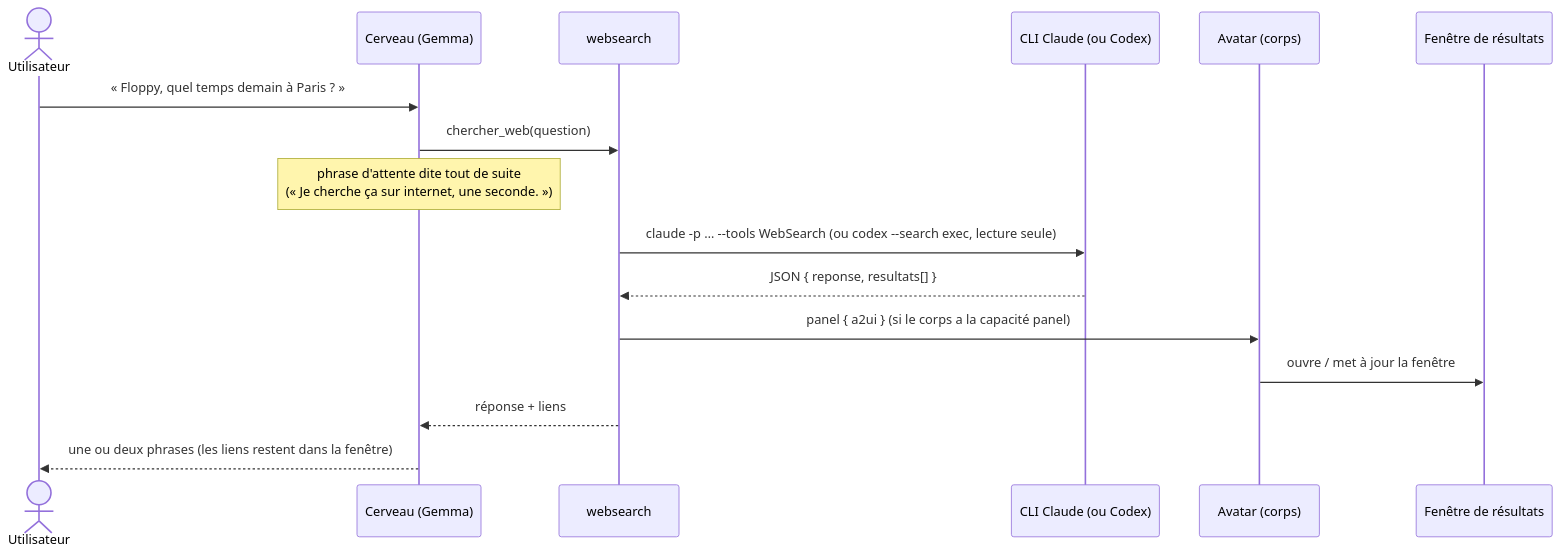
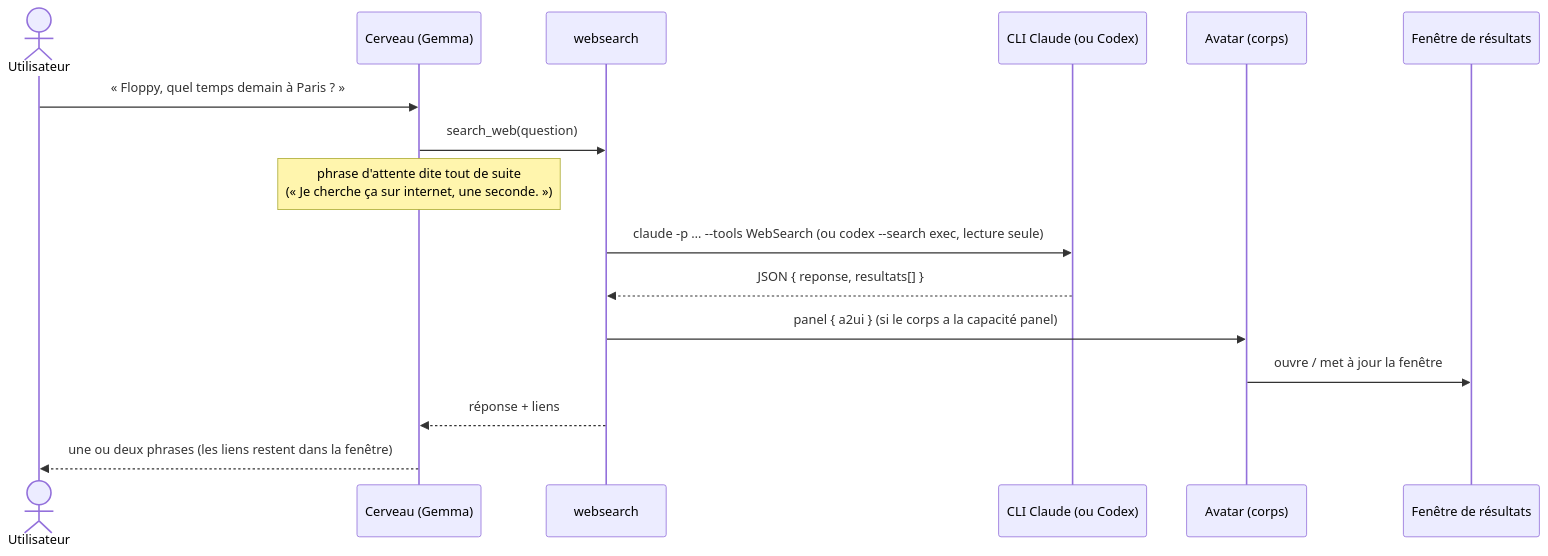
Before and after one commit to gleborgne/floppy: the diagram in docs/spec/a2ui.md, drawn with Mermaid. The commit also changed other lines of this file and 169 other files, not shown here.

````diff
--- a/docs/spec/a2ui.md
+++ b/docs/spec/a2ui.md
@@ -8,18 +8,18 @@
 ```mermaid
 sequenceDiagram
   actor U as Utilisateur
   participant B as Cerveau (Gemma)
   participant W as websearch
   participant C as CLI Claude (ou Codex)
   participant A as Avatar (corps)
   participant P as Fenêtre de résultats
   U->>B: « Floppy, quel temps demain à Paris ? »
-  B->>W: chercher_web(question)
+  B->>W: search_web(question)
   Note over B: phrase d'attente dite tout de suite<br/>(« Je cherche ça sur internet, une seconde. »)
   W->>C: claude -p … --tools WebSearch (ou codex --search exec, lecture seule)
   C-->>W: JSON { reponse, resultats[] }
   W->>A: panel { a2ui } (si le corps a la capacité panel)
   A->>P: ouvre / met à jour la fenêtre
   W-->>B: réponse + liens
   B-->>U: une ou deux phrases (les liens restent dans la fenêtre)
 ```
````
